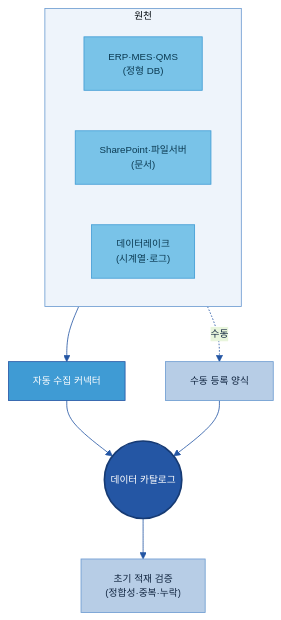
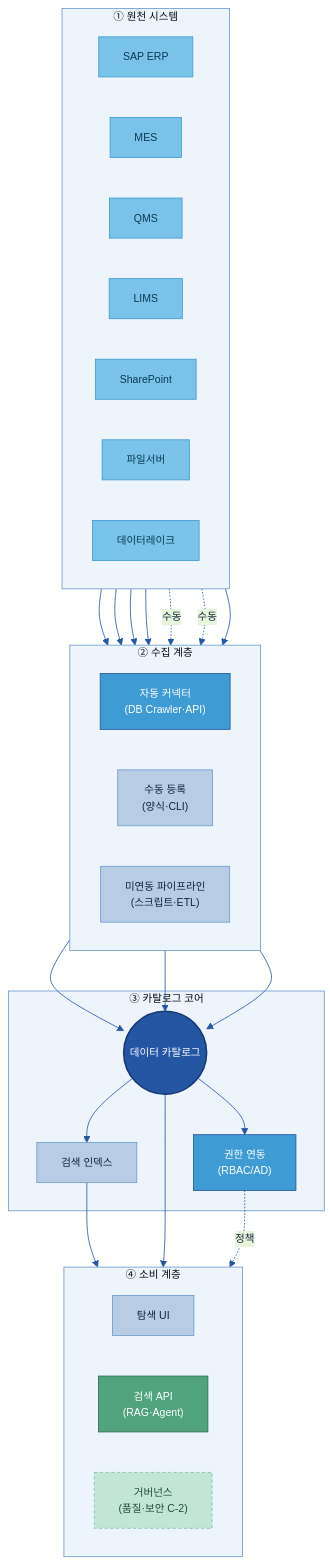
Diagram 13 of 16 in A-1 데이터 카탈로그.md (jin-kearney/ai-ready-data-manual), drawn with Mermaid before and after one commit. The commit also changed other lines of this file and 1 other file, not shown here.

First line of the commit message:
feat(A-1): 데이터 카탈로그 가이드 심화 (멀티 에이전트 작성 v0.2)

````diff
--- a/A-1 데이터 카탈로그.md
+++ b/A-1 데이터 카탈로그.md
@@ -272,20 +1084,47 @@
 ```mermaid
-%%{init: {'theme':'base','themeVariables':{'primaryColor':'#DCE8F5','primaryBorderColor':'#2456A4','primaryTextColor':'#10243f','lineColor':'#2456A4','clusterBkg':'#EEF4FB','clusterBorder':'#6B9AD1','fontSize':'12px'}}}%%
+%%{init: {'theme':'base','themeVariables':{'primaryColor':'#DCE8F5','primaryBorderColor':'#2456A4','primaryTextColor':'#10243f','lineColor':'#2456A4','clusterBkg':'#EEF4FB','clusterBorder':'#6B9AD1','fontSize':'13px'}}}%%
 flowchart TB
-    subgraph SRC["원천"]
+    subgraph SRC["① 원천 시스템"]
         direction LR
-        DB["ERP·MES·QMS<br/>(정형 DB)"]:::src
-        DOC["SharePoint·파일서버<br/>(문서)"]:::src
-        DL["데이터레이크<br/>(시계열·로그)"]:::src
+        SAP["SAP ERP"]:::src
+        MES["MES"]:::src
+        QMS["QMS"]:::src
+        LIMS["LIMS"]:::src
+        SP["SharePoint"]:::src
+        FS["파일서버"]:::src
+        DL["데이터레이크"]:::src
     end
-    AUTO["자동 수집 커넥터"]:::gate
-    MAN["수동 등록 양식"]:::n
-    CAT(("데이터 카탈로그")):::cat
-    SRC --> AUTO --> CAT
-    DOC -.수동.-> MAN --> CAT
-    CAT --> VAL["초기 적재 검증<br/>(정합성·중복·누락)"]:::n
+    subgraph COLL["② 수집 계층"]
+        direction LR
+        AUTO["자동 커넥터<br/>(DB Crawler·API)"]:::gate
+        MAN["수동 등록<br/>(양식·CLI)"]:::n
+        SCAN["미연동 파이프라인<br/>(스크립트·ETL)"]:::n
+    end
+    subgraph CORE["③ 카탈로그 코어"]
+        CAT(("데이터 카탈로그")):::cat
+        IDX["검색 인덱스"]:::n
+        AUTH["권한 연동<br/>(RBAC/AD)"]:::gate
+    end
+    subgraph CONS["④ 소비 계층"]
+        direction LR
+        WEB["탐색 UI"]:::n
+        API["검색 API<br/>(RAG·Agent)"]:::loop
+        GOV["거버넌스<br/>(품질·보안 C-2)"]:::cross
+    end
+    SAP & MES & QMS & LIMS --> AUTO
+    SP & FS -.수동.-> MAN
+    DL --> SCAN
+    AUTO --> CAT
+    MAN --> CAT
+    SCAN --> CAT
+    CAT --> IDX --> WEB
+    CAT --> API
+    CAT --> AUTH
+    AUTH -.정책.-> GOV
     classDef n fill:#B7CDE6,stroke:#6B9AD1,color:#10243f;
     classDef src fill:#79C3E8,stroke:#3F9BD4,color:#0b3a52;
     classDef cat fill:#2456A4,color:#fff,stroke:#163a73,stroke-width:2px;
     classDef gate fill:#3F9BD4,stroke:#2456A4,color:#fff;
+    classDef loop fill:#4FA47D,stroke:#2f6b50,color:#fff;
+    classDef cross fill:#C2E6D6,stroke:#7CC2A7,color:#1f4d3a,stroke-dasharray:4 3;
 ```
````
